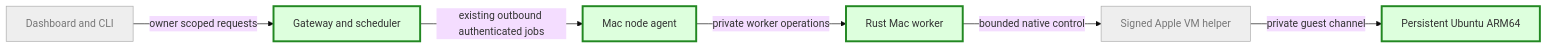
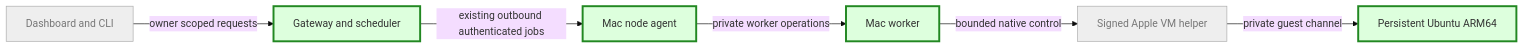
The diagram in docs/plans/mac-node-integration.md (sebassdc/open-workspaces), drawn with Mermaid (base theme) before and after one commit. The commit also changed other lines of this file and 75 other files, not shown here.

````diff
--- a/docs/plans/mac-node-integration.md
+++ b/docs/plans/mac-node-integration.md
@@ -31,10 +31,10 @@
 ```mermaid
 flowchart LR
  C[Dashboard and CLI]:::old -->|owner scoped requests| G[Gateway and scheduler]:::new
  G -->|existing outbound authenticated jobs| A[Mac node agent]:::new
- A -->|private worker operations| W[Rust Mac worker]:::new
+ A -->|private worker operations| W[Mac worker]:::new
  W -->|bounded native control| V[Signed Apple VM helper]:::old
  V -->|private guest channel| U[Persistent Ubuntu ARM64]:::new
  classDef old fill:#eee,stroke:#aaa,color:#777
  classDef new fill:#dfd,stroke:#282,stroke-width:3px
 ```
````
